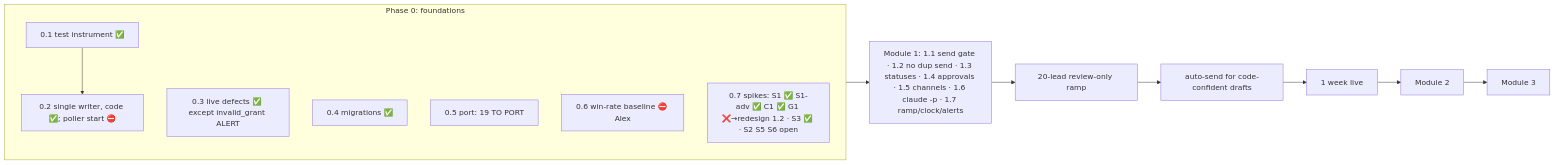
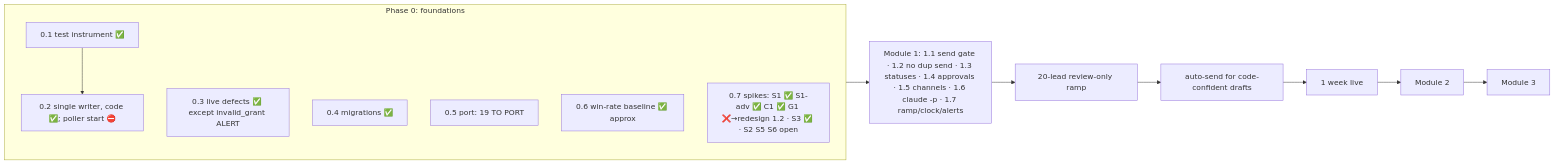
Before and after one commit to SDGuitarist/gig-lead-responder: the diagram in docs/END-TO-END-STATUS.md, drawn with Mermaid. The commit also changed other lines of this file and 1 other file, not shown here.

Commit message:
docs: 0.6 baseline marked done (approximate) in END-TO-END-STATUS; heading fix
Claude-Session: https://claude.ai/code/session_017dcshNxRWSN88BTrKt1Ned

````diff
--- a/docs/END-TO-END-STATUS.md
+++ b/docs/END-TO-END-STATUS.md
@@ -23,13 +23,13 @@
 ```mermaid
 flowchart LR
   subgraph P0[Phase 0: foundations]
     A01[0.1 test instrument ✅] --> A02[0.2 single writer, code ✅; poller start ⛔]
     A03[0.3 live defects ✅ except invalid_grant ALERT]
     A04[0.4 migrations ✅]
     A05[0.5 port: 19 TO PORT]
-    A06[0.6 win-rate baseline ⛔ Alex]
+    A06[0.6 win-rate baseline ✅ approx]
     A07[0.7 spikes: S1 ✅ S1-adv ✅ C1 ✅ G1 ❌→redesign 1.2 · S3 ✅ · S2 S5 S6 open]
   end
   P0 --> M1[Module 1: 1.1 send gate · 1.2 no dup send · 1.3 statuses · 1.4 approvals · 1.5 channels · 1.6 claude -p · 1.7 ramp/clock/alerts]
   M1 --> R[20-lead review-only ramp] --> AS[auto-send for code-confident drafts] --> W[1 week live] --> M2[Module 2] --> M3[Module 3]
 ```
````
